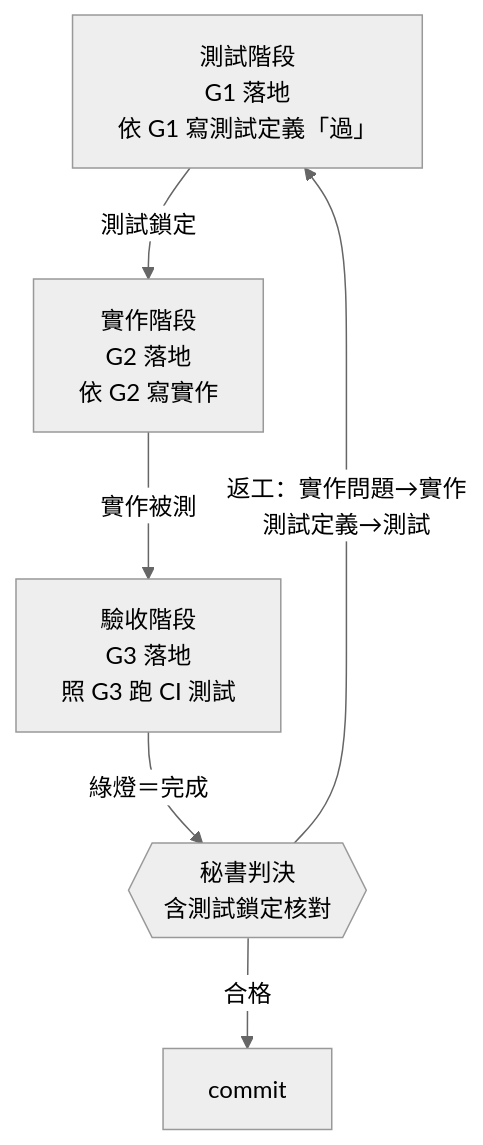
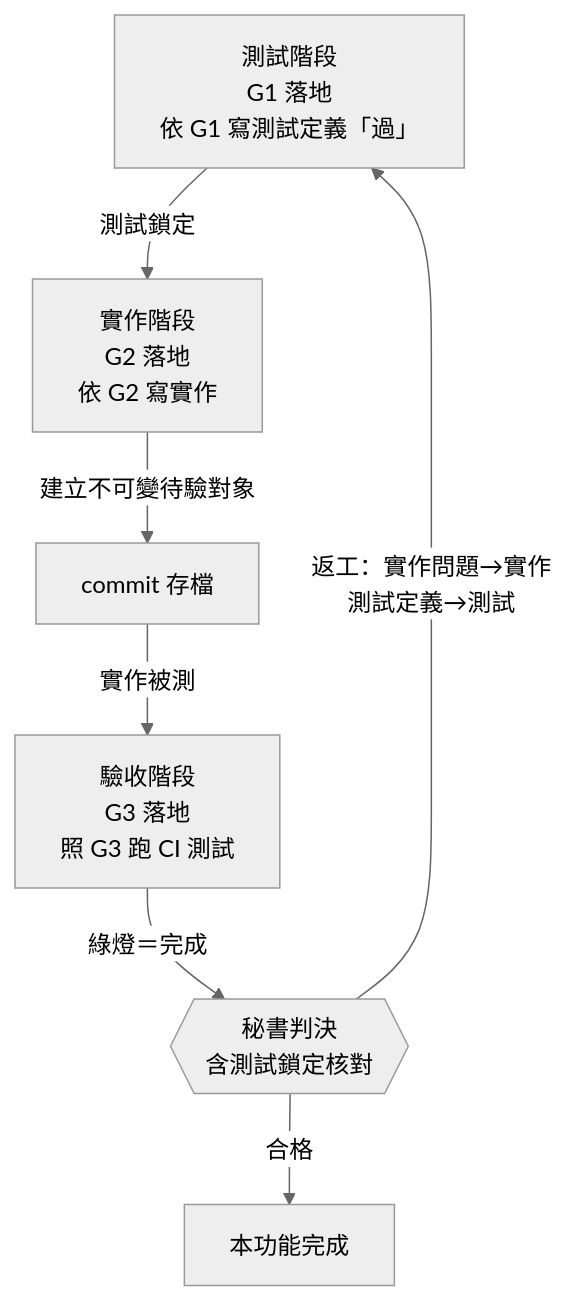
Before and after one commit to teps3105/shiftblame: the seventh of 8 diagrams in skills/shiftblame/SKILL.md, drawn with Mermaid (neutral theme). The commit also changed other lines of this file and 31 other files, not shown here.

````diff
--- a/skills/shiftblame/SKILL.md
+++ b/skills/shiftblame/SKILL.md
@@ -278,8 +276,9 @@
 ```mermaid
 flowchart TB
     TST["測試階段<br/>G1 落地<br/>依 G1 寫測試定義「過」"] -->|測試鎖定| DEV["實作階段<br/>G2 落地<br/>依 G2 寫實作"]
-    DEV -->|實作被測| ACC["驗收階段<br/>G3 落地<br/>照 G3 跑 CI 測試"]
+    DEV -->|建立不可變待驗對象| Commit["commit 存檔"]
+    Commit -->|實作被測| ACC["驗收階段<br/>G3 落地<br/>照 G3 跑 CI 測試"]
     ACC -->|綠燈＝完成| Judge{{"秘書判決<br/>含測試鎖定核對"}}
-    Judge -->|合格| Commit["commit"]
+    Judge -->|合格| Done["本功能完成"]
     Judge -->|"返工：實作問題→實作<br/>測試定義→測試"| TST
 ```
````
